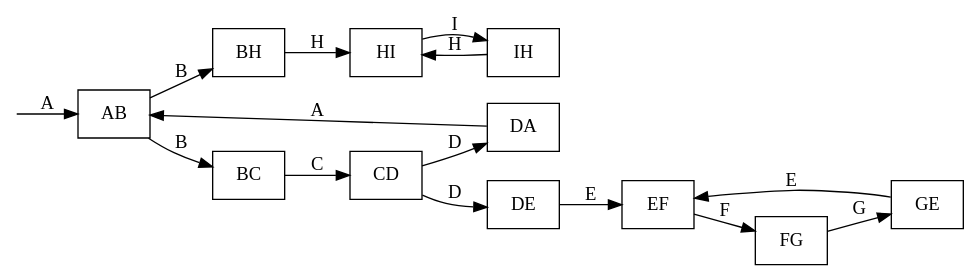
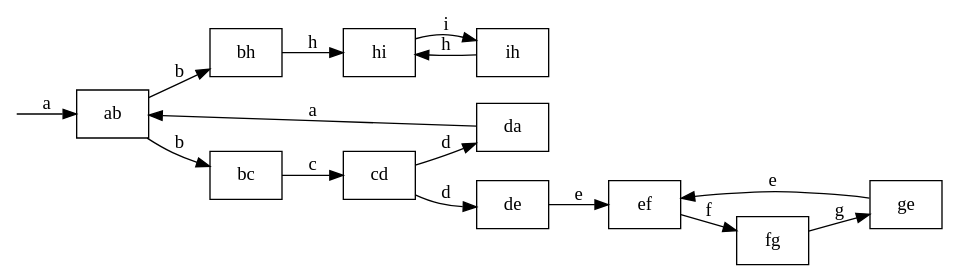
Before and after one commit to yavuzkoroglu/gwplus: the diagram in exps/001/generated/s.dot, drawn with Graphviz. The commit also changed 1 other file, not shown here.

```diff
--- a/exps/001/generated/s.dot
+++ b/exps/001/generated/s.dot
@@ -1,30 +1,30 @@
 digraph SimpleGraph {
     rankdir=LR;
     node [shape="rectangle"];
     reset [shape="none", label="", width=0, height=0];
-    10 [label="IH"];
-    9 [label="HI"];
-    8 [label="BH"];
-    7 [label="GE"];
-    6 [label="FG"];
-    5 [label="EF"];
-    4 [label="DE"];
-    3 [label="DA"];
-    2 [label="CD"];
-    1 [label="BC"];
-    0 [label="AB"];
-    reset -> 0 [label="A"];
-    10 -> 9 [label="H"];
-    9 -> 10 [label="I"];
-    8 -> 9 [label="H"];
-    7 -> 5 [label="E"];
-    6 -> 7 [label="G"];
-    5 -> 6 [label="F"];
-    4 -> 5 [label="E"];
-    3 -> 0 [label="A"];
-    2 -> 4 [label="D"];
-    2 -> 3 [label="D"];
-    1 -> 2 [label="C"];
-    0 -> 8 [label="B"];
-    0 -> 1 [label="B"];
+    10 [label="ih"];
+    9 [label="hi"];
+    8 [label="bh"];
+    7 [label="ge"];
+    6 [label="fg"];
+    5 [label="ef"];
+    4 [label="de"];
+    3 [label="da"];
+    2 [label="cd"];
+    1 [label="bc"];
+    0 [label="ab"];
+    reset -> 0 [label="a"];
+    10 -> 9 [label="h"];
+    9 -> 10 [label="i"];
+    8 -> 9 [label="h"];
+    7 -> 5 [label="e"];
+    6 -> 7 [label="g"];
+    5 -> 6 [label="f"];
+    4 -> 5 [label="e"];
+    3 -> 0 [label="a"];
+    2 -> 4 [label="d"];
+    2 -> 3 [label="d"];
+    1 -> 2 [label="c"];
+    0 -> 8 [label="b"];
+    0 -> 1 [label="b"];
 }
```
